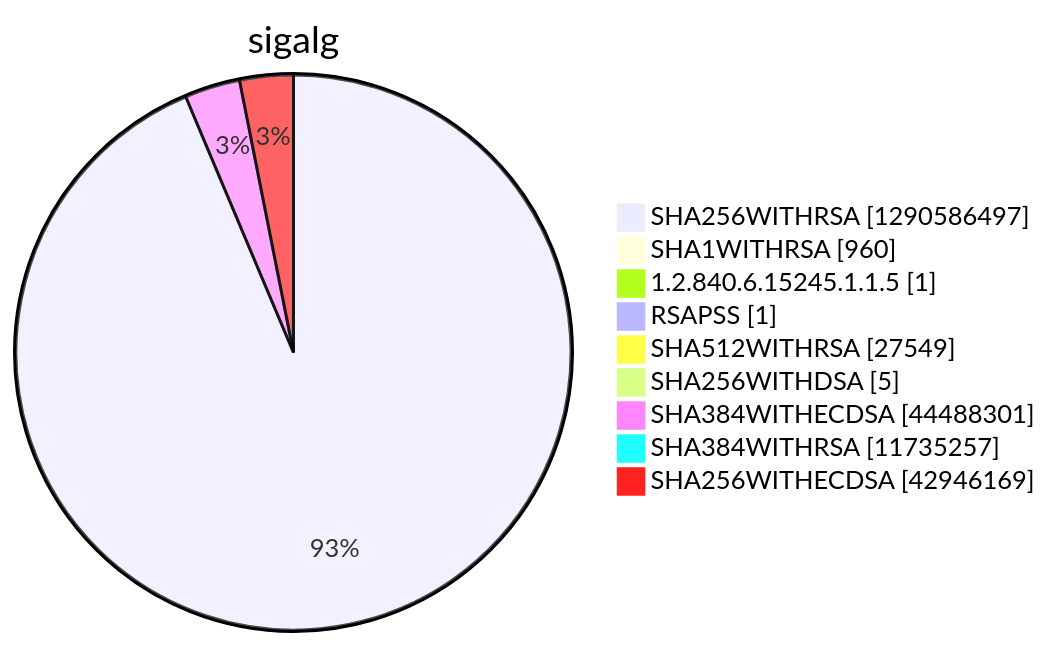
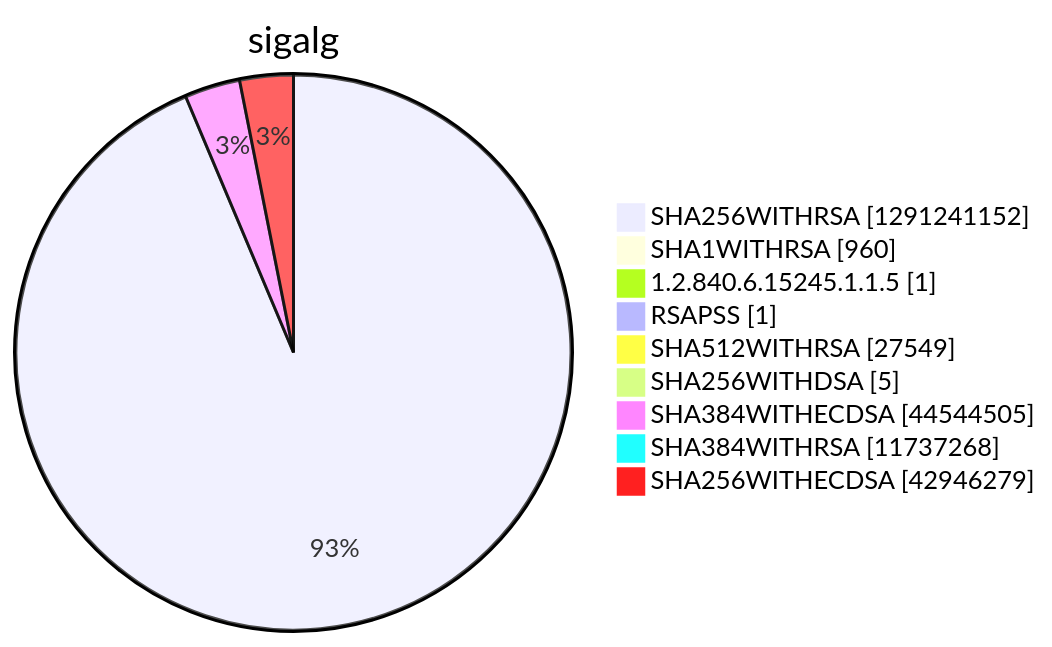
Diagram 15 of 15 in argon2022/README.md (christiankrug/ctmonitor_visualization), drawn with Mermaid before and after one commit. The commit also changed other lines of this file, not shown here.

````diff
--- a/argon2022/README.md
+++ b/argon2022/README.md
@@ -5523,13 +5523,13 @@
 ```mermaid
 pie showData
 title sigalg
-"SHA256WITHRSA" :1290586497
+"SHA256WITHRSA" :1291241152
 "SHA1WITHRSA" :960
 "1.2.840.6.15245.1.1.5" :1
 "RSAPSS" :1
 "SHA512WITHRSA" :27549
 "SHA256WITHDSA" :5
-"SHA384WITHECDSA" :44488301
-"SHA384WITHRSA" :11735257
-"SHA256WITHECDSA" :42946169
+"SHA384WITHECDSA" :44544505
+"SHA384WITHRSA" :11737268
+"SHA256WITHECDSA" :42946279
 ```
````
